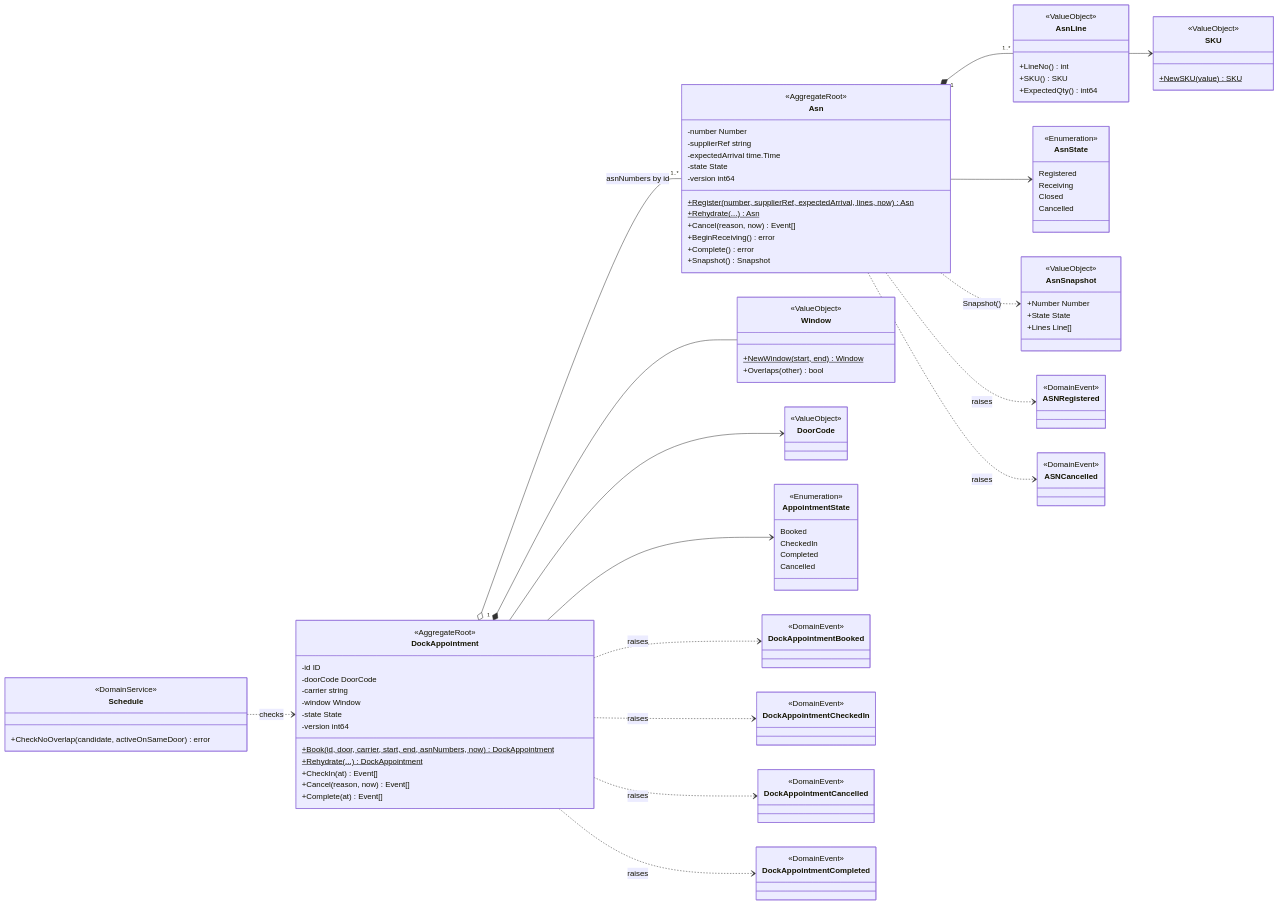
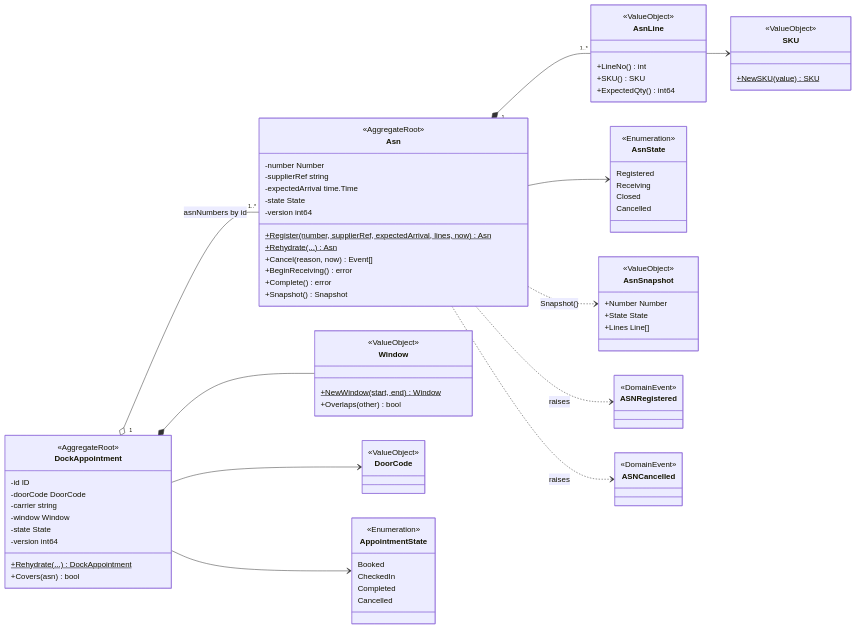
One commit to IQVO/warehouse-docs changed the first of 3 diagrams in docs/contexts/inbound-receiving/class-diagram.md. Above: the diagram before and after it, drawn with Mermaid. The commit also changed other lines of this file and 16 other files, not shown here.

````diff
--- a/docs/contexts/inbound-receiving/class-diagram.md
+++ b/docs/contexts/inbound-receiving/class-diagram.md
@@ -72,11 +72,8 @@
     -window Window
     -state State
     -version int64
-    +Book(id, door, carrier, start, end, asnNumbers, now)$ DockAppointment
     +Rehydrate(...)$ DockAppointment
-    +CheckIn(at) Event[]
-    +Cancel(reason, now) Event[]
-    +Complete(at) Event[]
+    +Covers(asn) bool
   }
   class Window {
     <<ValueObject>>
@@ -93,17 +90,9 @@
     Completed
     Cancelled
   }
-  class Schedule {
-    <<DomainService>>
-    +CheckNoOverlap(candidate, activeOnSameDoor) error
-  }
 
   class ASNRegistered { <<DomainEvent>> }
   class ASNCancelled { <<DomainEvent>> }
-  class DockAppointmentBooked { <<DomainEvent>> }
-  class DockAppointmentCheckedIn { <<DomainEvent>> }
-  class DockAppointmentCancelled { <<DomainEvent>> }
-  class DockAppointmentCompleted { <<DomainEvent>> }
 
   Asn "1" *-- "1..*" AsnLine
   AsnLine --> SKU
@@ -116,9 +105,4 @@
   DockAppointment --> DoorCode
   DockAppointment --> AppointmentState
   DockAppointment "1" o-- "1..*" Asn : asnNumbers by id
-  Schedule ..> DockAppointment : checks
-  DockAppointment ..> DockAppointmentBooked : raises
-  DockAppointment ..> DockAppointmentCheckedIn : raises
-  DockAppointment ..> DockAppointmentCancelled : raises
-  DockAppointment ..> DockAppointmentCompleted : raises
 ```
````
